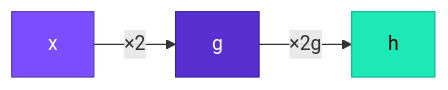
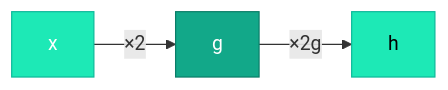
The second of 2 diagrams in docs/02-calculus-and-autograd/01-the-chain-rule.md (iamkhalid2/microgpt-course), drawn with Mermaid before and after one commit. The commit also changed other lines of this file and 23 other files, not shown here.

````diff
--- a/docs/02-calculus-and-autograd/01-the-chain-rule.md
+++ b/docs/02-calculus-and-autograd/01-the-chain-rule.md
@@ -68,8 +68,8 @@
 ```mermaid
 flowchart LR
     X["x"] -- "×2" --> G["g"] -- "×2g" --> H["h"]
 
-    style X fill:#7c4dff,stroke:#5c3cbf,color:#fff
-    style G fill:#5830d1,stroke:#3820a1,color:#fff
+    style X fill:#1de9b6,stroke:#0db99a,color:#fff
+    style G fill:#12a889,stroke:#0a7d68,color:#fff
     style H fill:#1de9b6,stroke:#0db99a,color:#000
 ```
````
